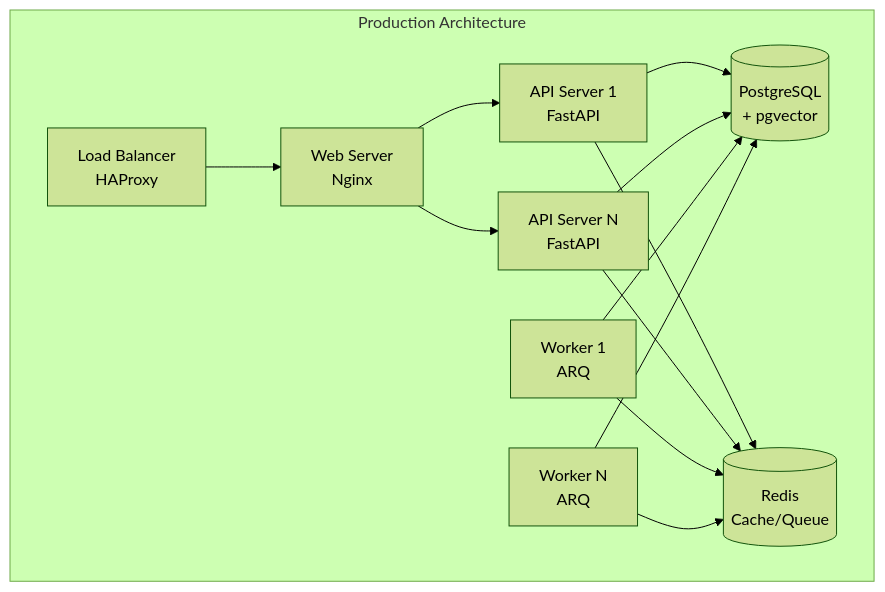
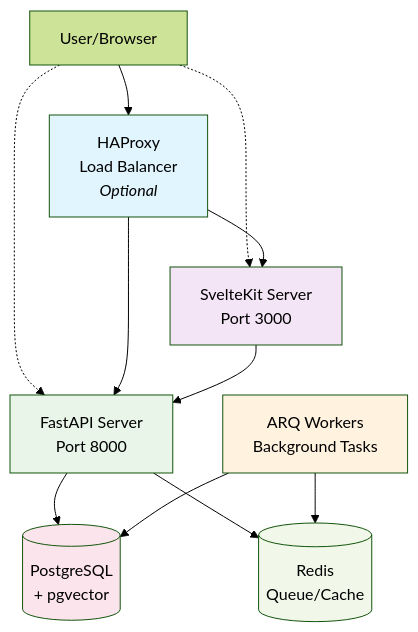
Before and after one commit to sundsvallai/intric: the diagram in README.md, drawn with Mermaid (forest theme). The commit also changed other lines of this file, not shown here.

````diff
--- a/README.md
+++ b/README.md
@@ -250,25 +241,28 @@
 ```mermaid
 graph TB
-    subgraph "Production Architecture"
-        LB[Load Balancer<br/>HAProxy]
-        WS[Web Server<br/>Nginx]
-        API1[API Server 1<br/>FastAPI]
-        API2[API Server N<br/>FastAPI]
-        W1[Worker 1<br/>ARQ]
-        W2[Worker N<br/>ARQ]
-        DB[(PostgreSQL<br/>+ pgvector)]
-        R[(Redis<br/>Cache/Queue)]
-    end
-
-    LB --> WS
-    WS --> API1
-    WS --> API2
-    API1 --> DB
-    API2 --> DB
-    API1 --> R
-    API2 --> R
-    W1 --> R
-    W2 --> R
-    W1 --> DB
-    W2 --> DB
+    U[User/Browser] 
+    LB[HAProxy<br/>Load Balancer<br/><i>Optional</i>]
+    FE[SvelteKit Server<br/>Port 3000]
+    BE[FastAPI Server<br/>Port 8000]
+    W[ARQ Workers<br/>Background Tasks]
+    DB[(PostgreSQL<br/>+ pgvector)]
+    R[(Redis<br/>Queue/Cache)]
+    
+    U --> LB
+    U -.-> FE
+    U -.-> BE
+    LB --> FE
+    LB --> BE
+    FE --> BE
+    BE --> DB
+    BE --> R
+    W --> R
+    W --> DB
+    
+    style LB fill:#e1f5fe
+    style FE fill:#f3e5f5
+    style BE fill:#e8f5e8
+    style W fill:#fff3e0
+    style DB fill:#fce4ec
+    style R fill:#f1f8e9
 ```
````
